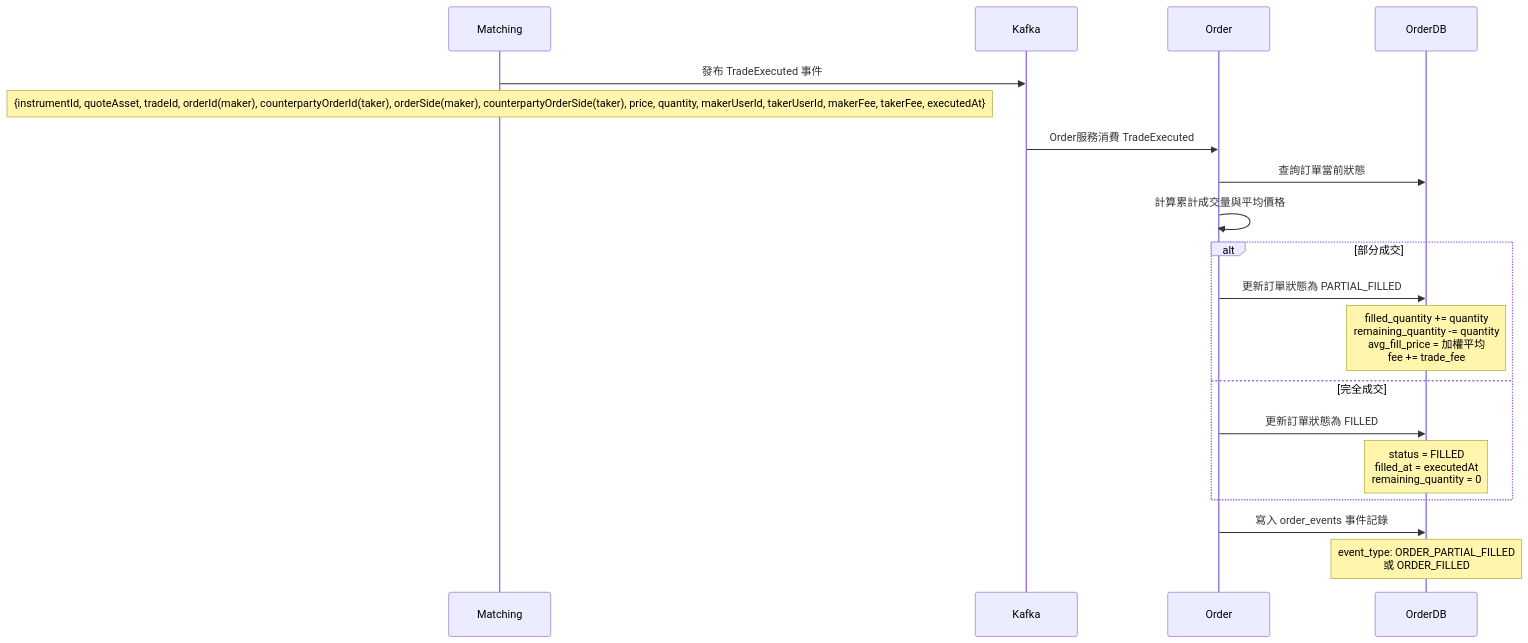
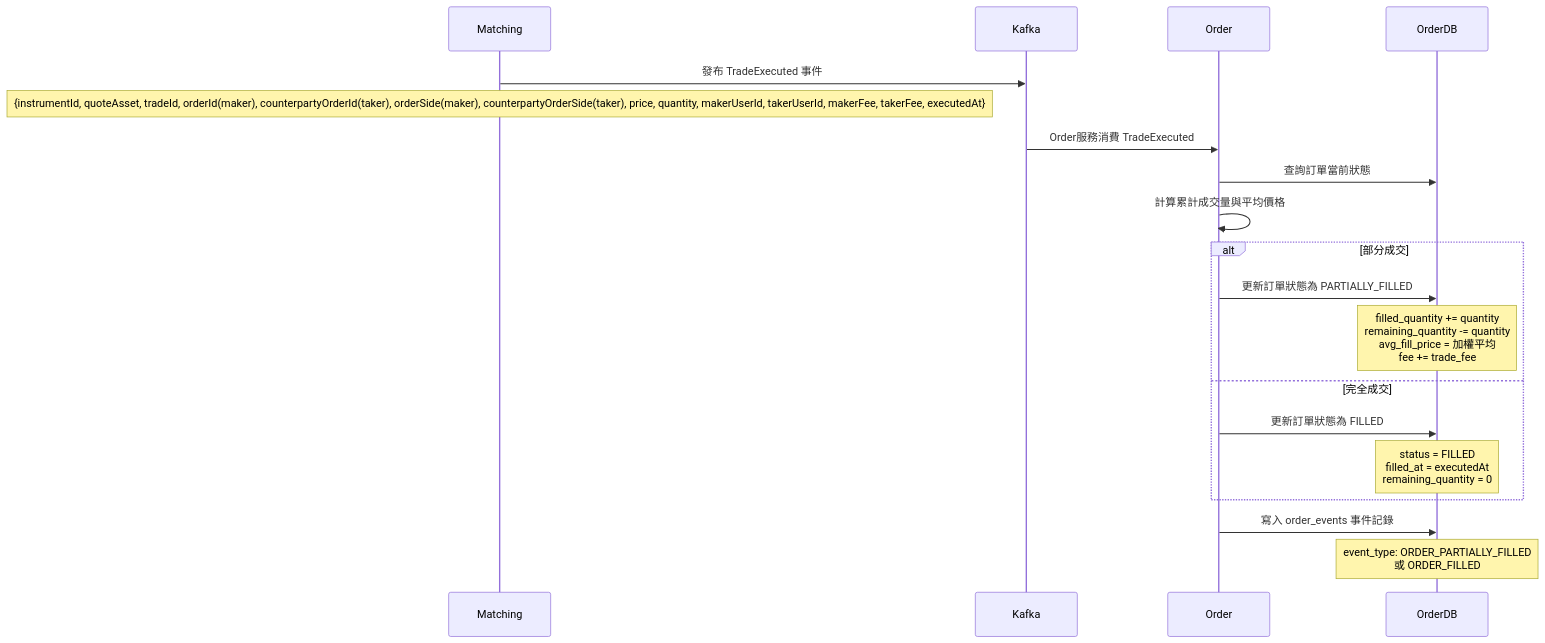
Before and after one commit to vincentf13/open.vincentf13: the fourth of 5 diagrams in design/exchange/0.exchange_design.md, drawn with Mermaid. The commit also changed other lines of this file and 7 other files, not shown here.

````diff
--- a/design/exchange/0.exchange_design.md
+++ b/design/exchange/0.exchange_design.md
@@ -1179,25 +1179,25 @@
 ```mermaid
 sequenceDiagram
     participant Matching
     participant Kafka
     participant Order
     participant OrderDB
 
     Matching->>Kafka: 發布 TradeExecuted 事件
     Note over Matching: {instrumentId, quoteAsset, tradeId, orderId(maker), counterpartyOrderId(taker), orderSide(maker), counterpartyOrderSide(taker), price, quantity, makerUserId, takerUserId, makerFee, takerFee, executedAt}
 
     Kafka->>Order: Order服務消費 TradeExecuted
     Order->>OrderDB: 查詢訂單當前狀態
     Order->>Order: 計算累計成交量與平均價格
 
     alt 部分成交
-        Order->>OrderDB: 更新訂單狀態為 PARTIAL_FILLED
+        Order->>OrderDB: 更新訂單狀態為 PARTIALLY_FILLED
         Note over OrderDB: filled_quantity += quantity<br/>remaining_quantity -= quantity<br/>avg_fill_price = 加權平均<br/>fee += trade_fee
     else 完全成交
         Order->>OrderDB: 更新訂單狀態為 FILLED
         Note over OrderDB: status = FILLED<br/>filled_at = executedAt<br/>remaining_quantity = 0
     end
 
     Order->>OrderDB: 寫入 order_events 事件記錄
-    Note over OrderDB: event_type: ORDER_PARTIAL_FILLED<br/>或 ORDER_FILLED
+    Note over OrderDB: event_type: ORDER_PARTIALLY_FILLED<br/>或 ORDER_FILLED
 ```
````
